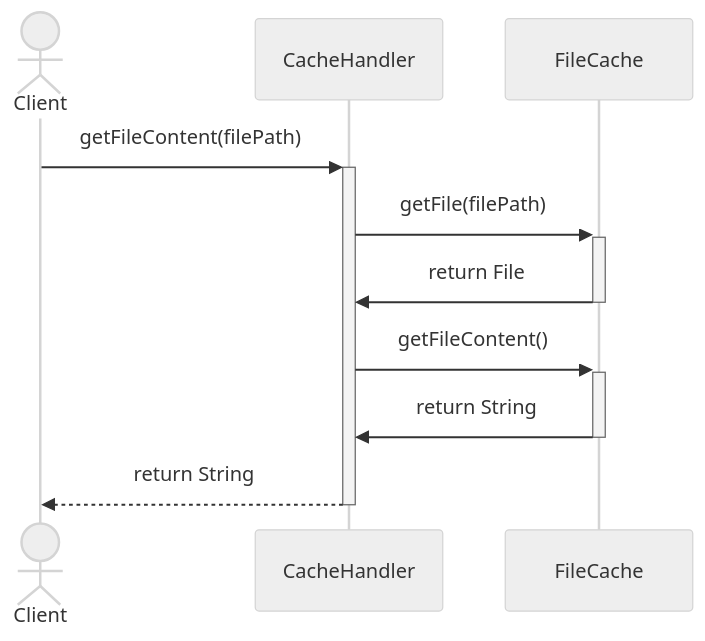
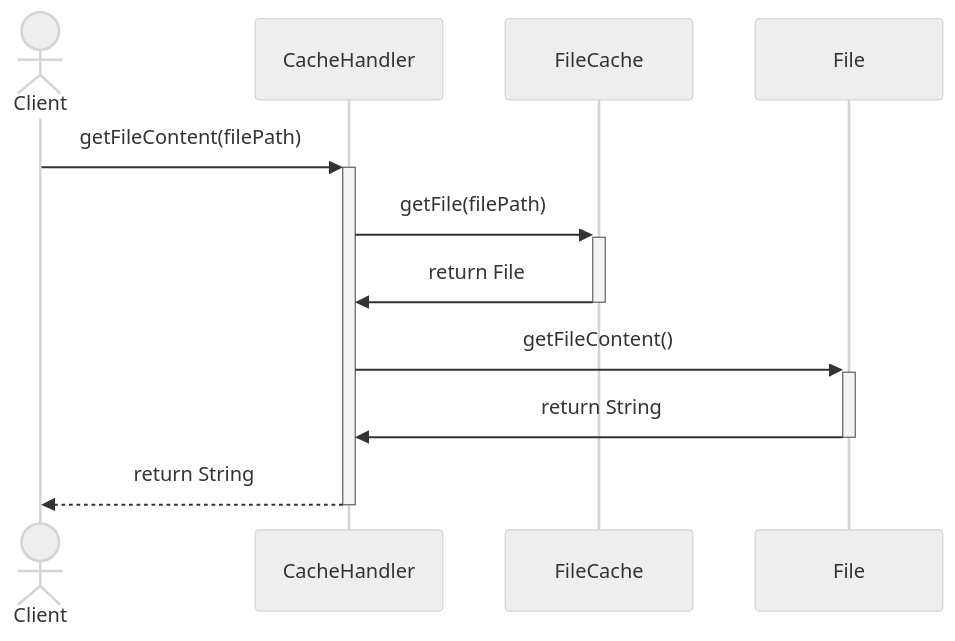
One commit to kaitokimuraofficial/distributed-file-systems changed the third of 4 diagrams in diagram/sequence.md. Above: the diagram before and after it, drawn with Mermaid (neutral theme). The commit also changed other lines of this file, not shown here.

````diff
--- a/diagram/sequence.md
+++ b/diagram/sequence.md
@@ -38,14 +38,15 @@
 ```mermaid
 sequenceDiagram
 
   actor C as Client
   participant CH as CacheHandler
   participant FC as FileCache
+  participant F as File
 
   C->>+CH: getFileContent(filePath)
   CH->>+FC: getFile(filePath)
   FC->>-CH: return File
-  CH->>+FC: getFileContent()
-  FC->>-CH: return String
+  CH->>+F: getFileContent()
+  F->>-CH: return String
   CH-->>-C:  return String
 ```
````
